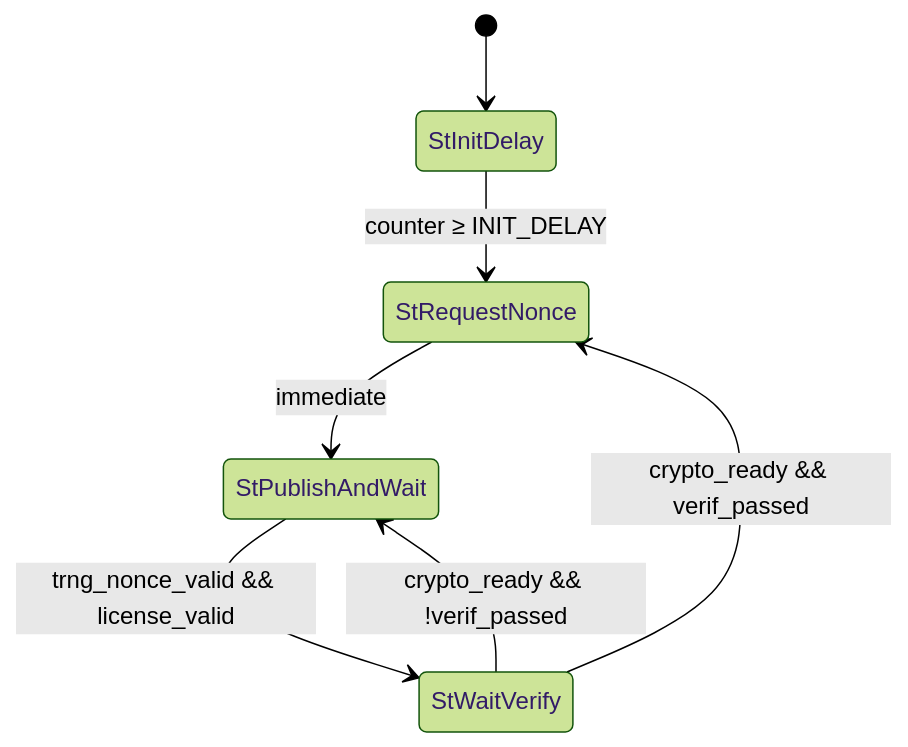
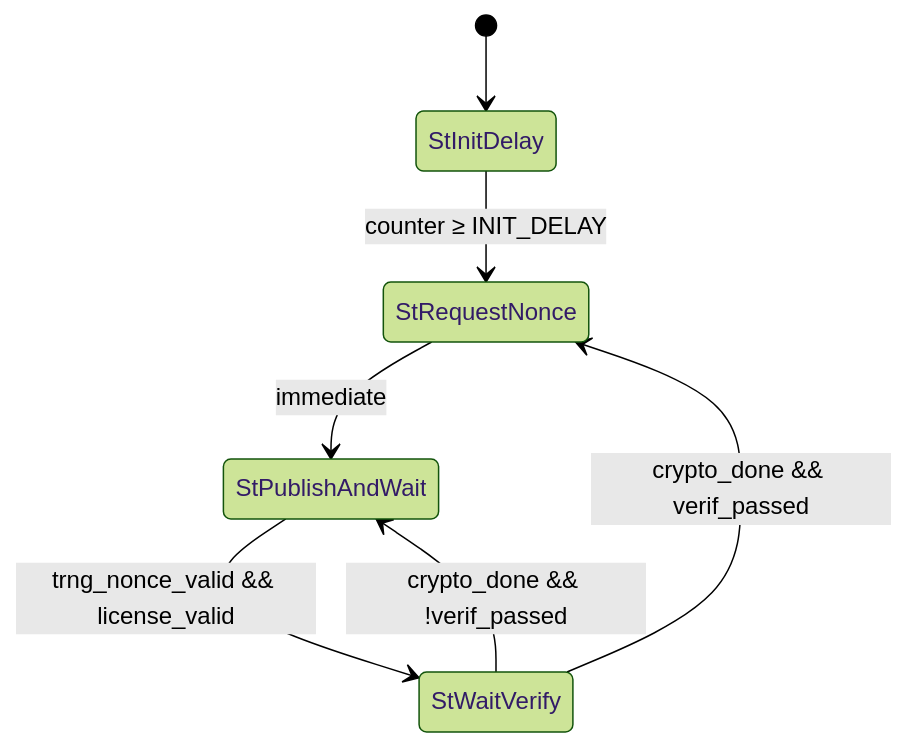
One commit to JamesPetrie/off-switch changed the second of 4 diagrams in README.md. Above: the diagram before and after it, drawn with Mermaid (forest theme). The commit also changed other lines of this file and 11 other files, not shown here.

````diff
--- a/README.md
+++ b/README.md
@@ -297,9 +314,9 @@
 ```mermaid
 stateDiagram-v2
     [*] --> StInitDelay
     StInitDelay --> StRequestNonce: counter ≥ INIT_DELAY
     StRequestNonce --> StPublishAndWait: immediate
     StPublishAndWait --> StWaitVerify: trng_nonce_valid && license_valid
-    StWaitVerify --> StRequestNonce: crypto_ready && verif_passed
-    StWaitVerify --> StPublishAndWait: crypto_ready && !verif_passed
+    StWaitVerify --> StRequestNonce: crypto_done && verif_passed
+    StWaitVerify --> StPublishAndWait: crypto_done && !verif_passed
 ```
````
